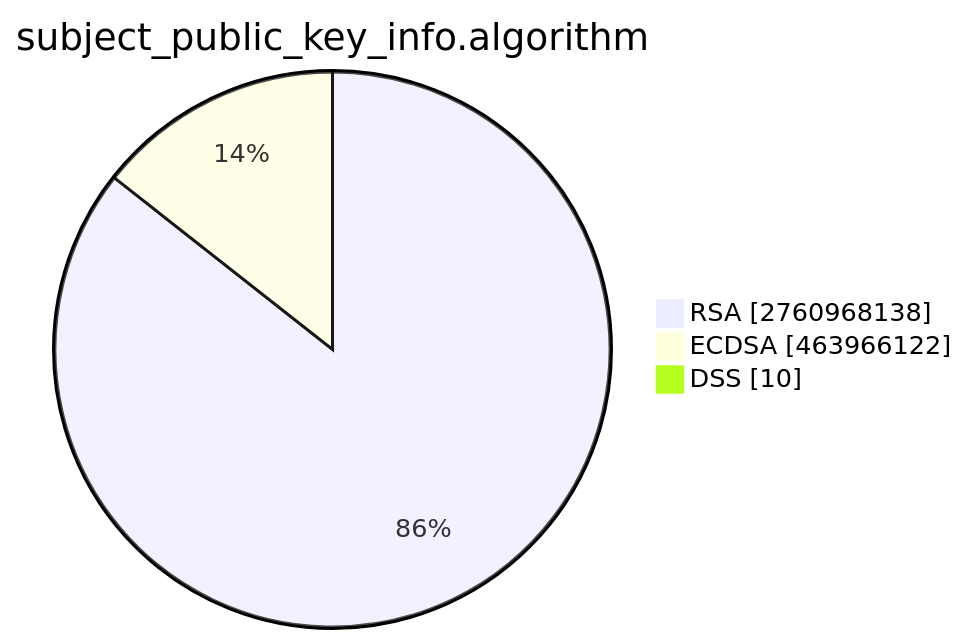
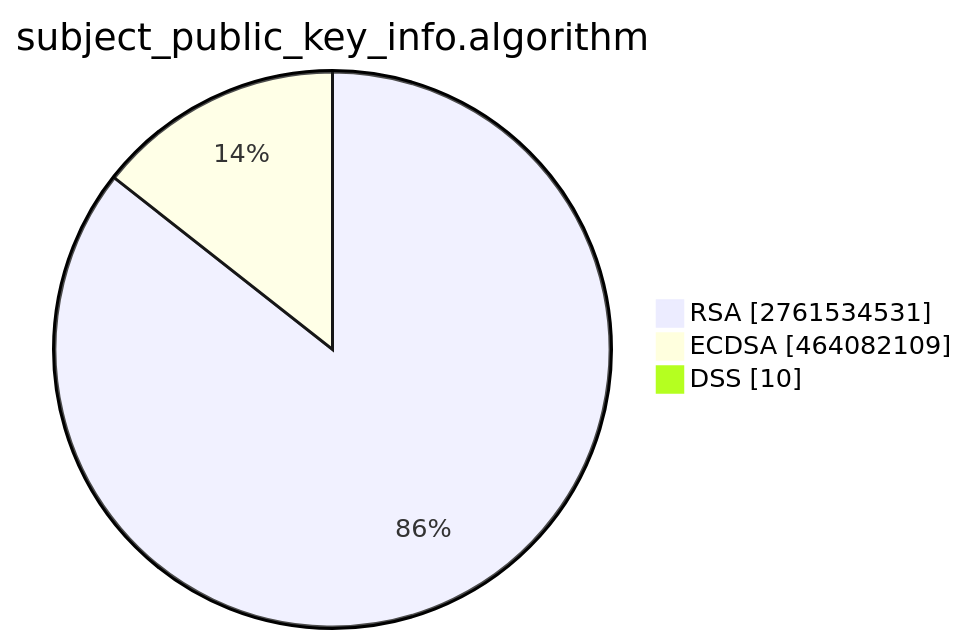
One commit to christiankrug/ctmonitor_visualization changed the second of 15 diagrams in TOTAL/README.md. Above: the diagram before and after it, drawn with Mermaid. The commit also changed other lines of this file, not shown here.

````diff
--- a/TOTAL/README.md
+++ b/TOTAL/README.md
@@ -6,7 +6,7 @@
 ```mermaid
 pie showData
 title subject_public_key_info.algorithm
-"RSA" :2760968138
-"ECDSA" :463966122
+"RSA" :2761534531
+"ECDSA" :464082109
 "DSS" :10
 ```
````
